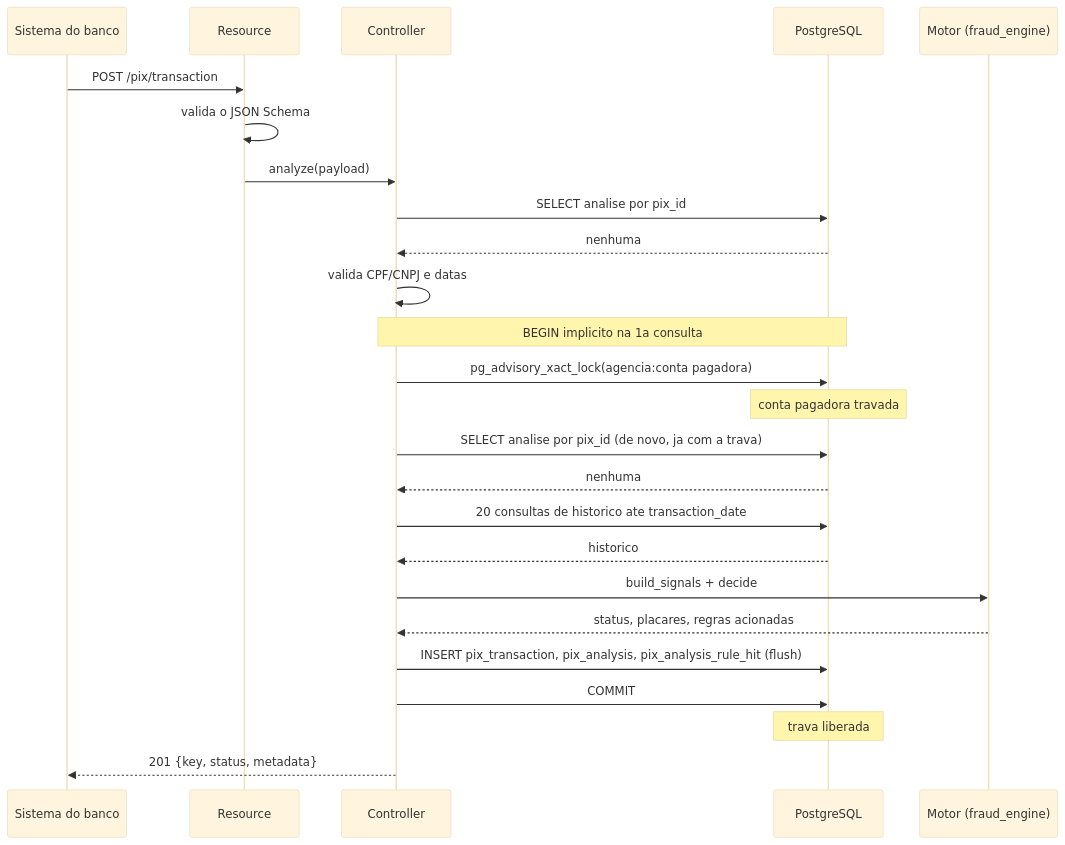
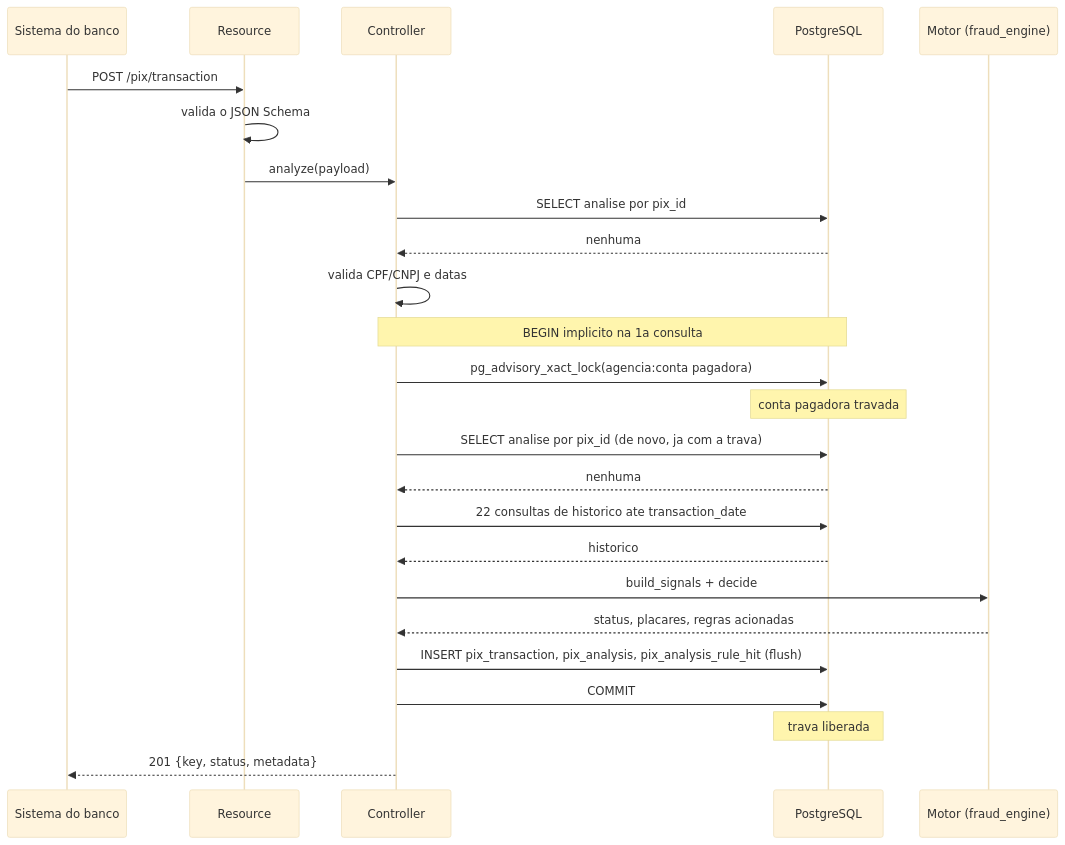
The second of 3 diagrams in docs/rfc/RFC-antifraude-pix.md (victor-kazu/hackathon-qi26-pixrepo), drawn with Mermaid (base theme) before and after one commit. The commit also changed other lines of this file and 9 other files, not shown here.

````diff
--- a/docs/rfc/RFC-antifraude-pix.md
+++ b/docs/rfc/RFC-antifraude-pix.md
@@ -118,27 +118,27 @@
 ```mermaid
 sequenceDiagram
     participant C as Sistema do banco
     participant R as Resource
     participant CT as Controller
     participant DB as PostgreSQL
     participant M as Motor (fraud_engine)
     C->>R: POST /pix/transaction
     R->>R: valida o JSON Schema
     R->>CT: analyze(payload)
     CT->>DB: SELECT analise por pix_id
     DB-->>CT: nenhuma
     CT->>CT: valida CPF/CNPJ e datas
     Note over CT,DB: BEGIN implicito na 1a consulta
     CT->>DB: pg_advisory_xact_lock(agencia:conta pagadora)
     Note over DB: conta pagadora travada
     CT->>DB: SELECT analise por pix_id (de novo, ja com a trava)
     DB-->>CT: nenhuma
-    CT->>DB: 20 consultas de historico ate transaction_date
+    CT->>DB: 22 consultas de historico ate transaction_date
     DB-->>CT: historico
     CT->>M: build_signals + decide
     M-->>CT: status, placares, regras acionadas
     CT->>DB: INSERT pix_transaction, pix_analysis, pix_analysis_rule_hit (flush)
     CT->>DB: COMMIT
     Note over DB: trava liberada
     CT-->>C: 201 {key, status, metadata}
 ```
````
